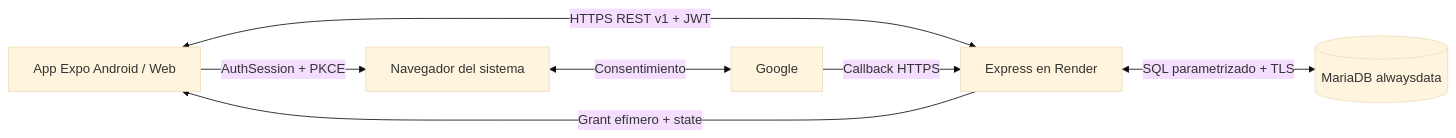
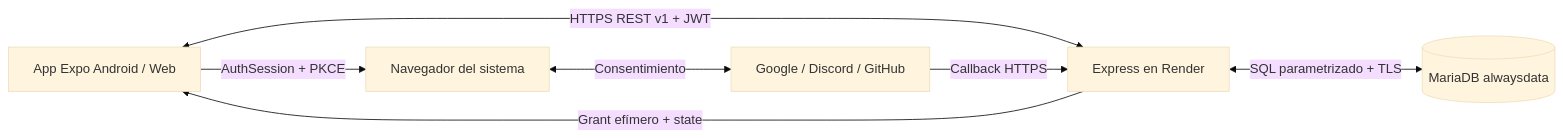
Before and after one commit to nehuenparrondo/lavadero-app: the diagram in frontend/docs/architecture.md, drawn with Mermaid (base theme). The commit also changed 61 other files, not shown here.

Commit message:
Restore Discord and GitHub sign-in with persistent sessions

````diff
--- a/frontend/docs/architecture.md
+++ b/frontend/docs/architecture.md
@@ -30,9 +30,9 @@
 ```mermaid
 flowchart LR
   App[App Expo Android / Web] <-->|HTTPS REST v1 + JWT| API[Express en Render]
   API <-->|SQL parametrizado + TLS| DB[(MariaDB alwaysdata)]
   App -->|AuthSession + PKCE| Browser[Navegador del sistema]
-  Browser <-->|Consentimiento| Providers[Google]
+  Browser <-->|Consentimiento| Providers[Google / Discord / GitHub]
   Providers -->|Callback HTTPS| API
   API -->|Grant efímero + state| App
 ```
````
